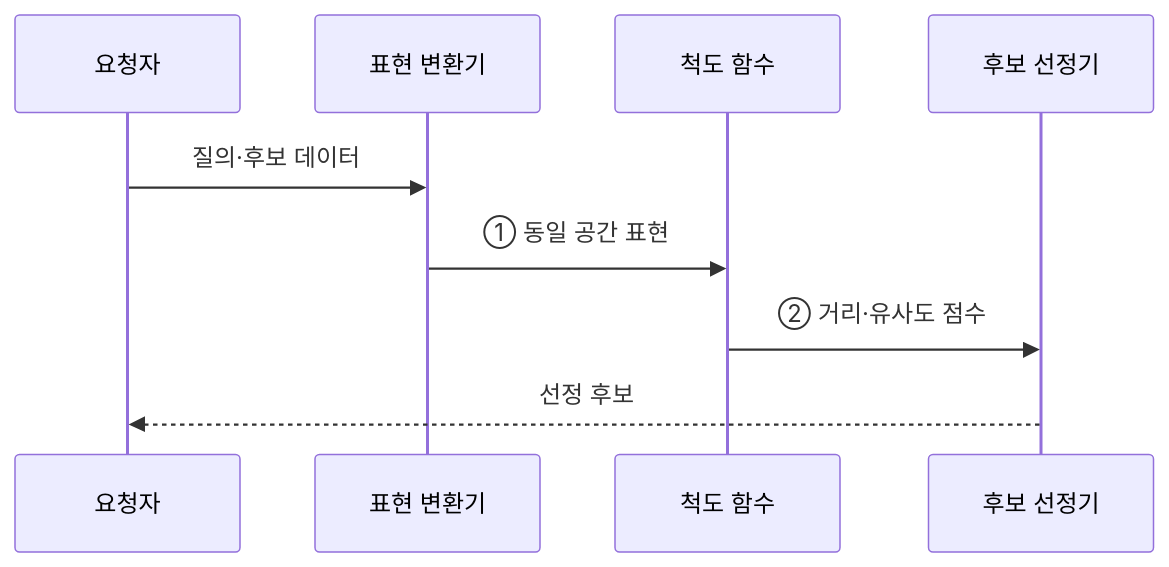
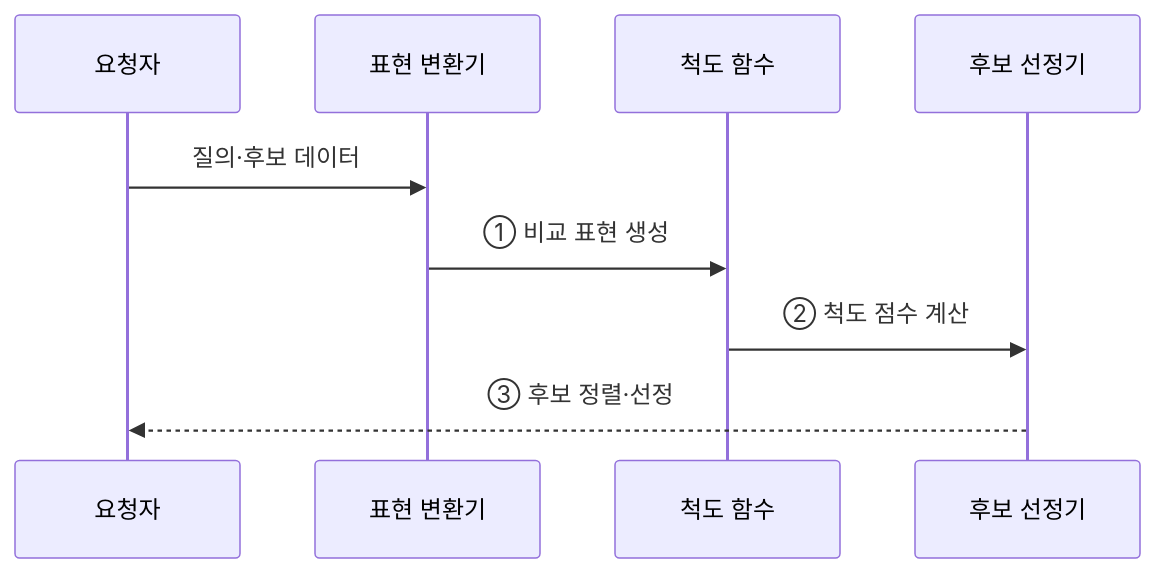
One commit to agnusdei1207/knowledge-base changed the second of 2 diagrams in src/content/docs/notes/01-basic-theory/037_similarity_measures.md. Above: the diagram before and after it, drawn with Mermaid. The commit also changed other lines of this file and 20 other files, not shown here.

````diff
--- a/src/content/docs/notes/01-basic-theory/037_similarity_measures.md
+++ b/src/content/docs/notes/01-basic-theory/037_similarity_measures.md
@@ -78,11 +80,11 @@
 ```mermaid
 sequenceDiagram
     participant Q as 요청자
     participant T as 표현 변환기
     participant F as 척도 함수
     participant R as 후보 선정기
     Q->>T: 질의·후보 데이터
-    T->>F: ① 동일 공간 표현
-    F->>R: ② 거리·유사도 점수
-    R-->>Q: 선정 후보
+    T->>F: ① 비교 표현 생성
+    F->>R: ② 척도 점수 계산
+    R-->>Q: ③ 후보 정렬·선정
 ```
````
